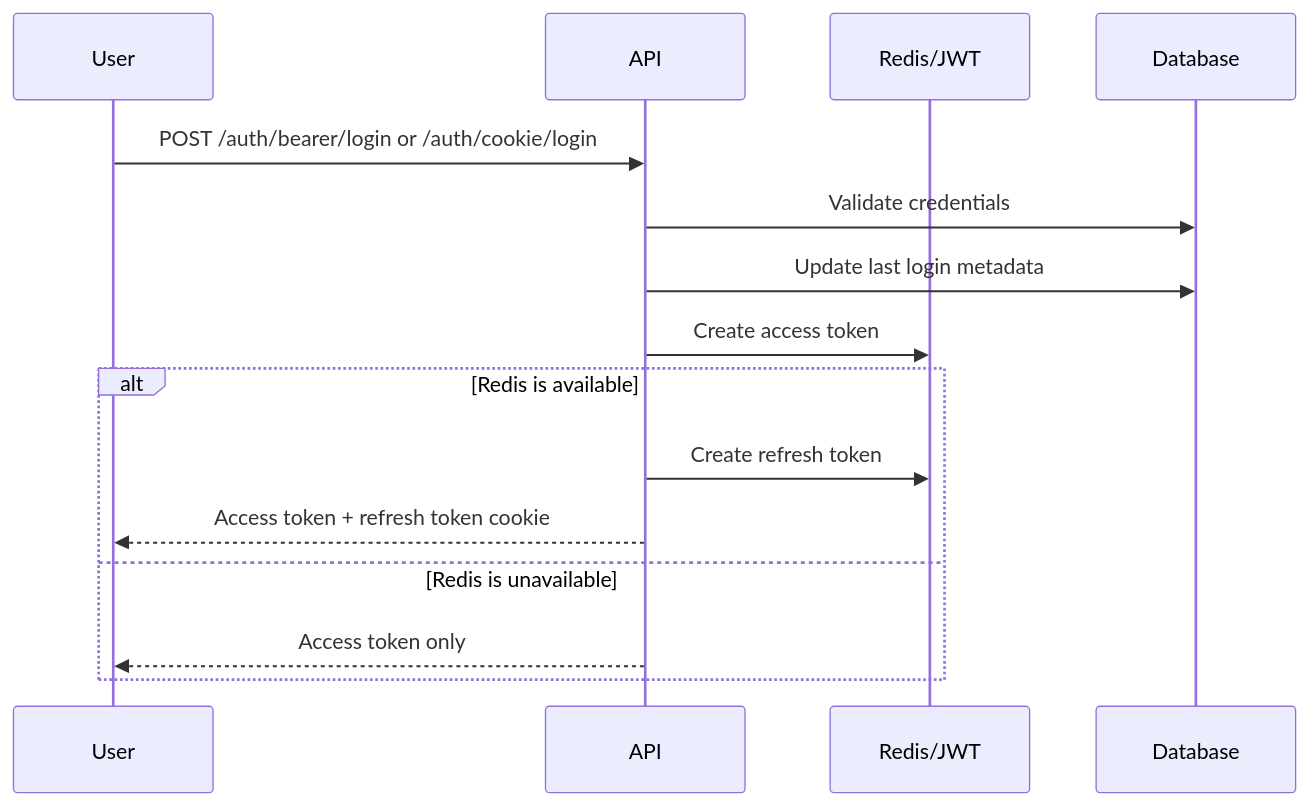
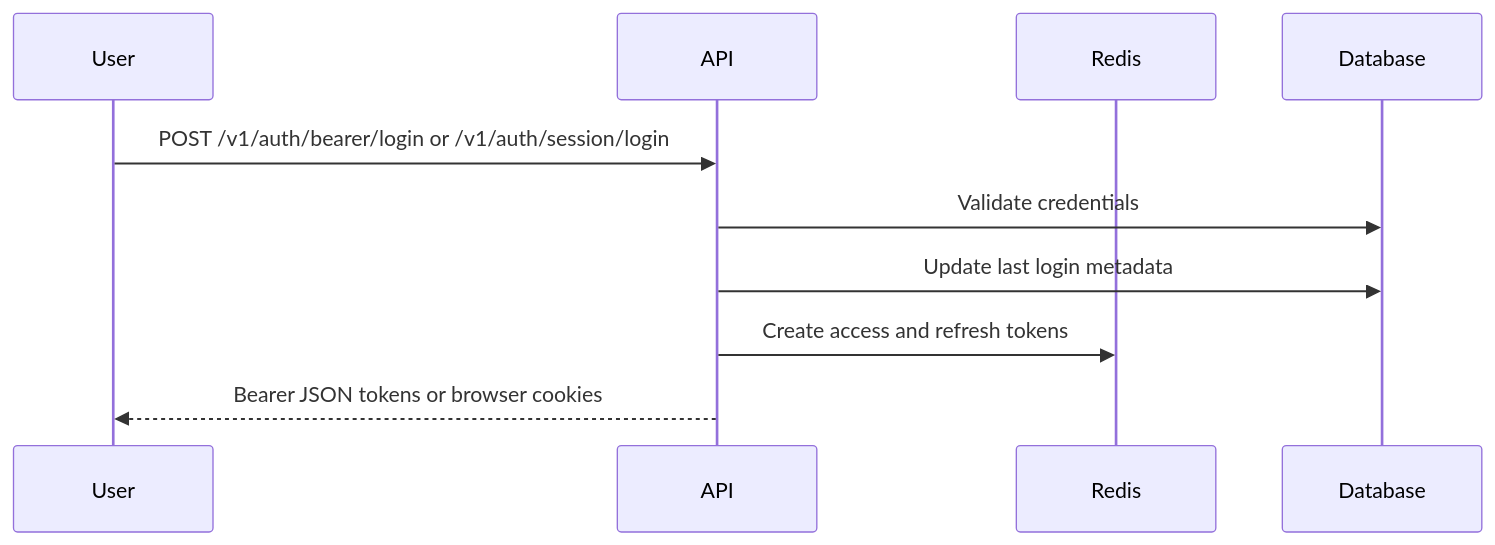
The first of 2 diagrams in docs/src/content/docs/architecture/auth.mdx (CMLPlatform/relab), drawn with Mermaid before and after one commit. The commit also changed other lines of this file and 2187 other files, not shown here.

````diff
--- a/docs/src/content/docs/architecture/auth.mdx
+++ b/docs/src/content/docs/architecture/auth.mdx
@@ -33,18 +50,15 @@
 ```mermaid
 sequenceDiagram
+    accTitle: Login and token issuance flow
+    accDescr: A user submits bearer or session login credentials to the API, which validates them against the database, updates last-login metadata, creates access and refresh tokens in Redis, and returns bearer JSON tokens or browser cookies.
     participant User
     participant API
-    participant TokenStore as Redis/JWT
+    participant TokenStore as Redis
     participant DB as Database
 
-    User->>API: POST /auth/bearer/login or /auth/cookie/login
+    User->>API: POST /v1/auth/bearer/login or /v1/auth/session/login
     API->>DB: Validate credentials
     API->>DB: Update last login metadata
-    API->>TokenStore: Create access token
-    alt Redis is available
-        API->>TokenStore: Create refresh token
-        API-->>User: Access token + refresh token cookie
-    else Redis is unavailable
-        API-->>User: Access token only
-    end
+    API->>TokenStore: Create access and refresh tokens
+    API-->>User: Bearer JSON tokens or browser cookies
 ```
````
